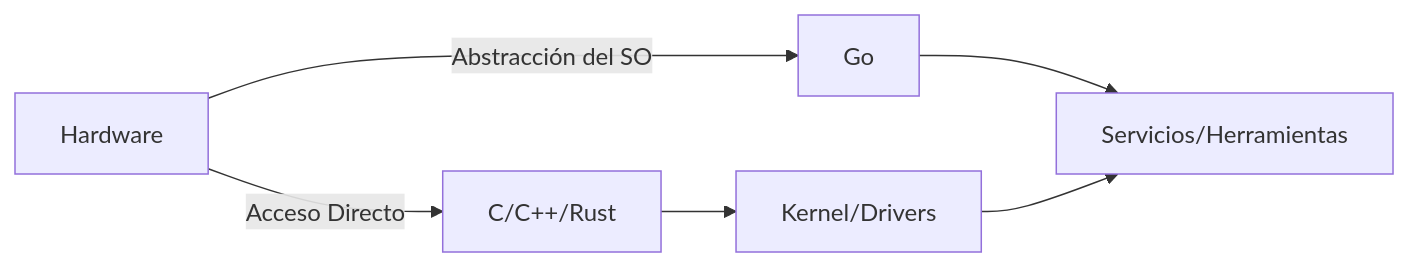
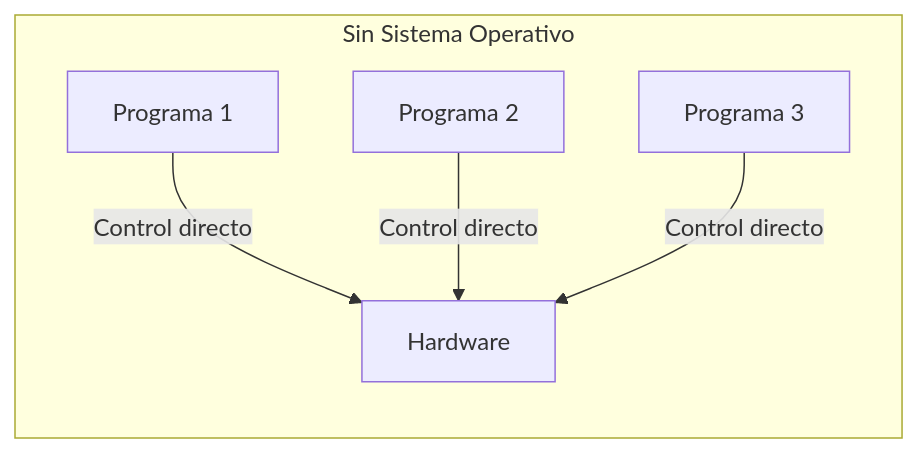
Before and after one commit to hectorip/bc-go-cf: the second of 6 diagrams in presentations/os-programming/slides.md, drawn with Mermaid. The commit also changed other lines of this file and 25 other files, not shown here.

````diff
--- a/presentations/os-programming/slides.md
+++ b/presentations/os-programming/slides.md
@@ -793,8 +134,8 @@
-```mermaid {scale: 0.9}
+```mermaid {scale: 0.8}
 graph LR
-    A[Hardware] -->|Acceso Directo| B[C/C++/Rust]
-    A -->|Abstracción del SO| C[Go]
-    B --> D[Kernel/Drivers]
-    C --> E[Servicios/Herramientas]
-    D --> E
+    subgraph "Sin Sistema Operativo"
+        App1[Programa 1] --> |Control directo| HW1[Hardware]
+        App2[Programa 2] --> |Control directo| HW1
+        App3[Programa 3] --> |Control directo| HW1
+    end
 ```
````
